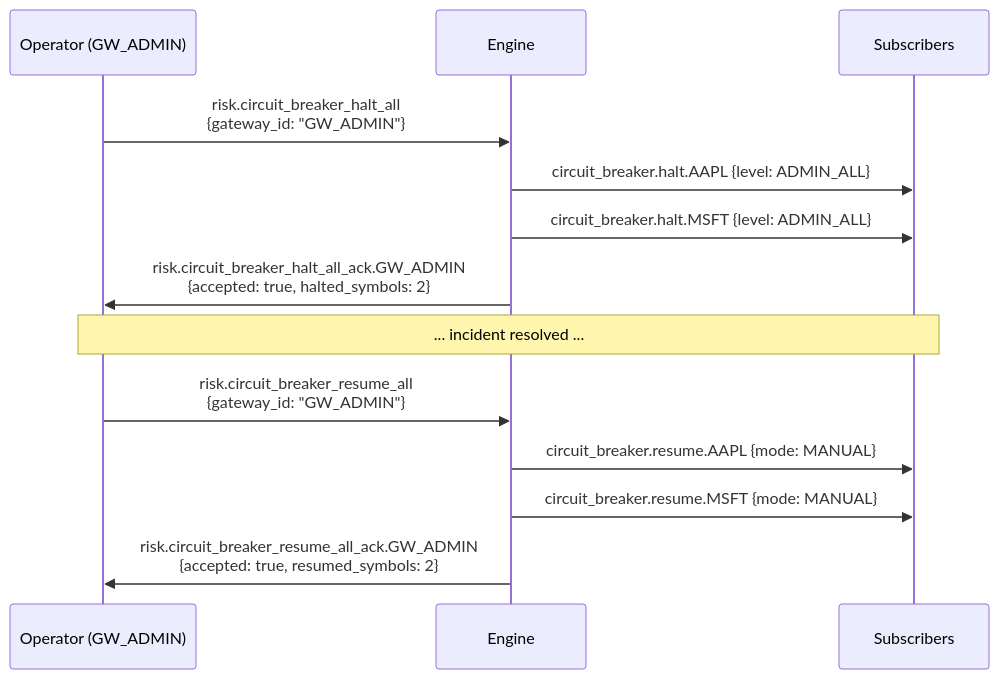
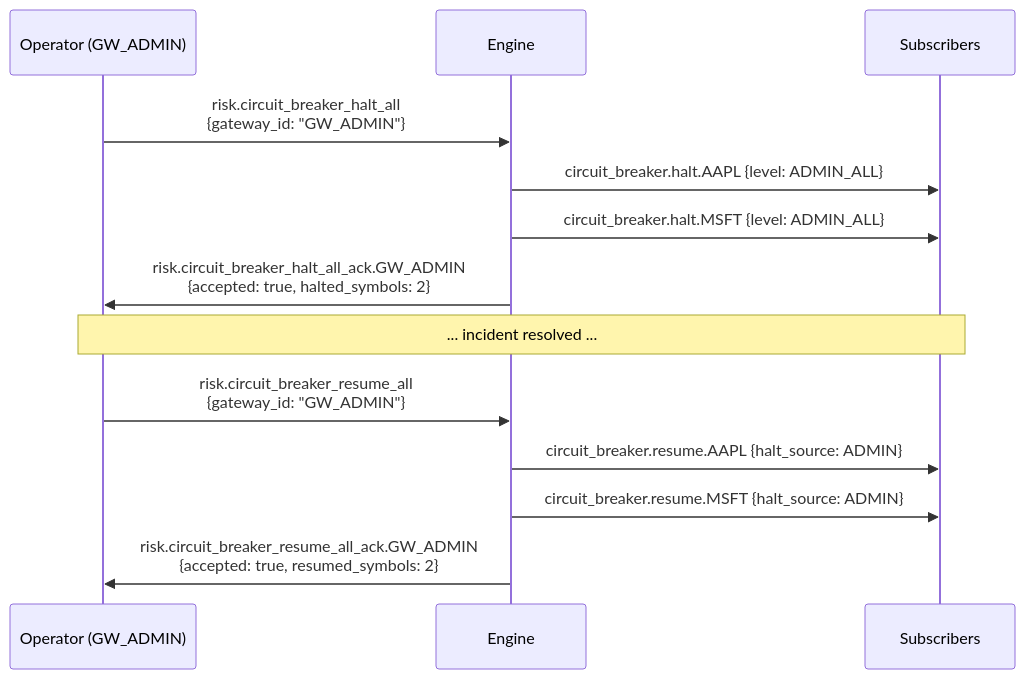
Before and after one commit to johan162/EduMatcher: the third of 5 diagrams in docs/user-guide/120-risk-controls.md, drawn with Mermaid. The commit also changed other lines of this file and 19 other files, not shown here.

````diff
--- a/docs/user-guide/120-risk-controls.md
+++ b/docs/user-guide/120-risk-controls.md
@@ -1001,18 +1008,18 @@
 ```mermaid
 sequenceDiagram
     participant Op as Operator (GW_ADMIN)
     participant Eng as Engine
     participant Sub as Subscribers
 
     Op->>Eng: risk.circuit_breaker_halt_all<br/>{gateway_id: "GW_ADMIN"}
     Eng->>Sub: circuit_breaker.halt.AAPL  {level: ADMIN_ALL}
     Eng->>Sub: circuit_breaker.halt.MSFT  {level: ADMIN_ALL}
     Eng->>Op: risk.circuit_breaker_halt_all_ack.GW_ADMIN<br/>{accepted: true, halted_symbols: 2}
 
     Note over Op,Sub: ... incident resolved ...
 
     Op->>Eng: risk.circuit_breaker_resume_all<br/>{gateway_id: "GW_ADMIN"}
-    Eng->>Sub: circuit_breaker.resume.AAPL  {mode: MANUAL}
-    Eng->>Sub: circuit_breaker.resume.MSFT  {mode: MANUAL}
+    Eng->>Sub: circuit_breaker.resume.AAPL  {halt_source: ADMIN}
+    Eng->>Sub: circuit_breaker.resume.MSFT  {halt_source: ADMIN}
     Eng->>Op: risk.circuit_breaker_resume_all_ack.GW_ADMIN<br/>{accepted: true, resumed_symbols: 2}
 ```
````
